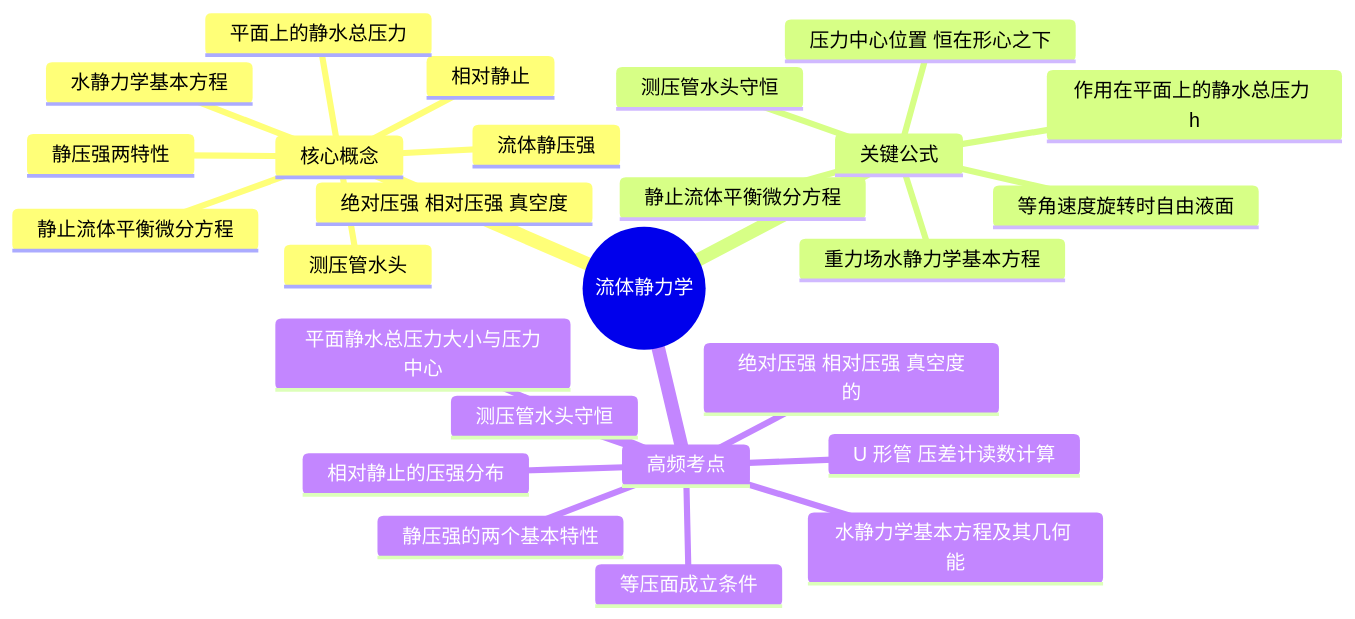
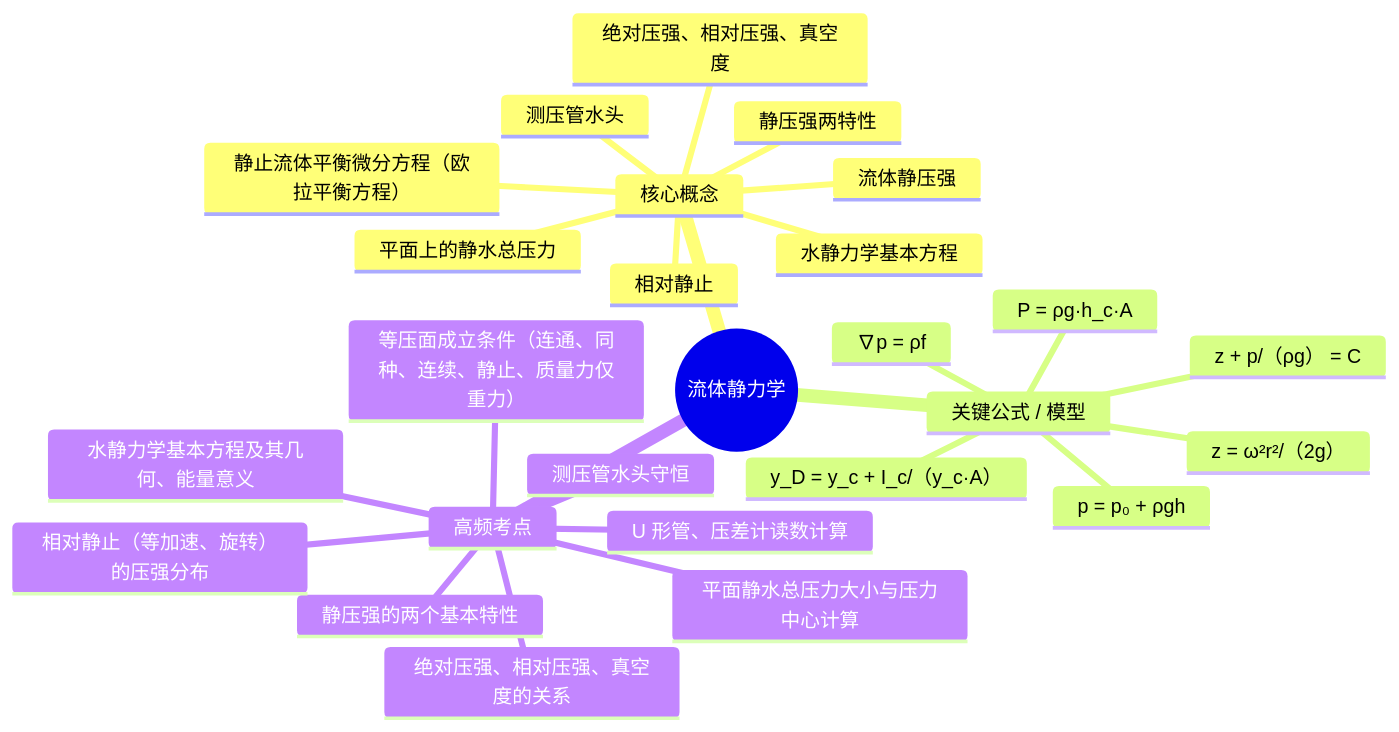
Before and after one commit to dao-genesis/xuexi-fuxi: the diagram in 流体力学/02_解析成果/_素材/_第02章_流体静力学.md, drawn with Mermaid. The commit also changed other lines of this file and 47 other files, not shown here.

````diff
--- a/流体力学/02_解析成果/_素材/_第02章_流体静力学.md
+++ b/流体力学/02_解析成果/_素材/_第02章_流体静力学.md
@@ -727,29 +727,29 @@
 ```mermaid
 mindmap
   root((流体静力学))
     核心概念
       流体静压强
       静压强两特性
-      静止流体平衡微分方程
+      静止流体平衡微分方程（欧拉平衡方程）
       水静力学基本方程
       测压管水头
-      绝对压强 相对压强 真空度
+      绝对压强、相对压强、真空度
       相对静止
       平面上的静水总压力
-    关键公式
-      静止流体平衡微分方程
-      重力场水静力学基本方程
-      测压管水头守恒
-      作用在平面上的静水总压力 h
-      压力中心位置 恒在形心之下
-      等角速度旋转时自由液面
+    关键公式 / 模型
+      ∇p = ρf
+      p = p₀ + ρgh
+      z + p/（ρg） = C
+      P = ρg·h_c·A
+      y_D = y_c + I_c/（y_c·A）
+      z = ω²r²/（2g）
     高频考点
       静压强的两个基本特性
-      水静力学基本方程及其几何 能
-      绝对压强 相对压强 真空度的
-      等压面成立条件
+      水静力学基本方程及其几何、能量意义
+      绝对压强、相对压强、真空度的关系
+      等压面成立条件（连通、同种、连续、静止、质量力仅重力）
       测压管水头守恒
-      平面静水总压力大小与压力中心
-      相对静止的压强分布
-      U 形管 压差计读数计算
+      平面静水总压力大小与压力中心计算
+      相对静止（等加速、旋转）的压强分布
+      U 形管、压差计读数计算
 ```
````
